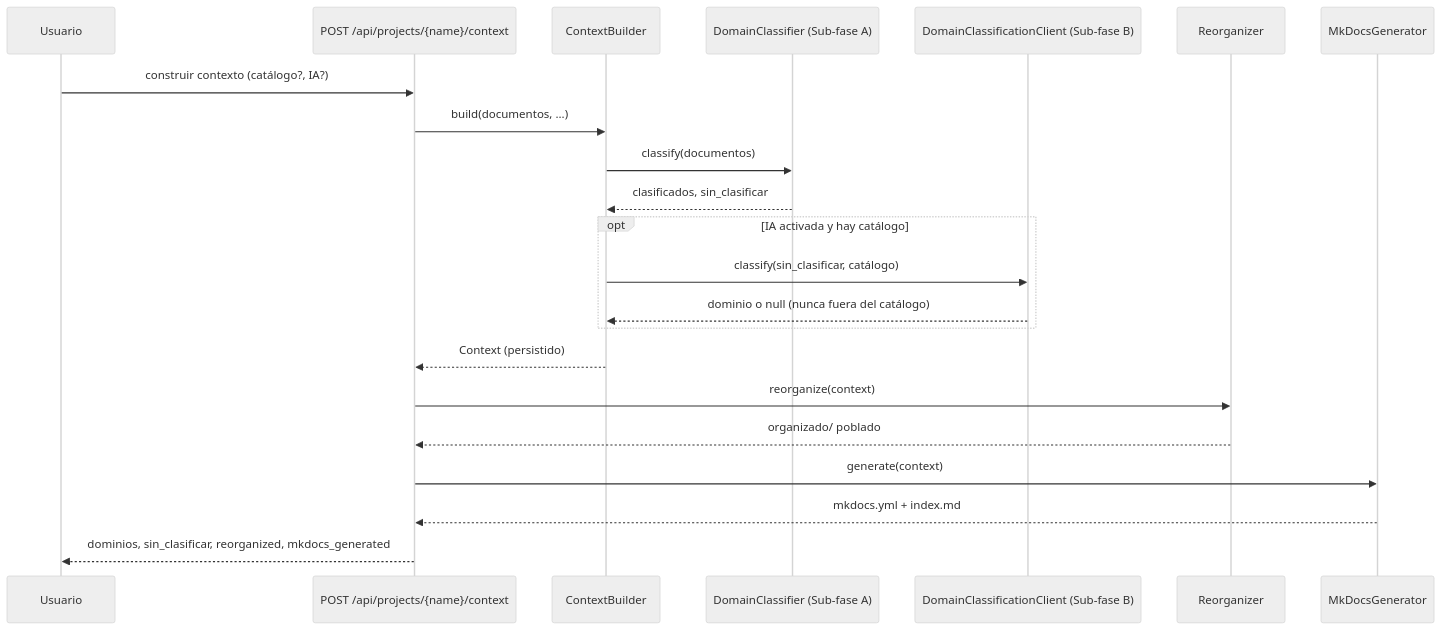
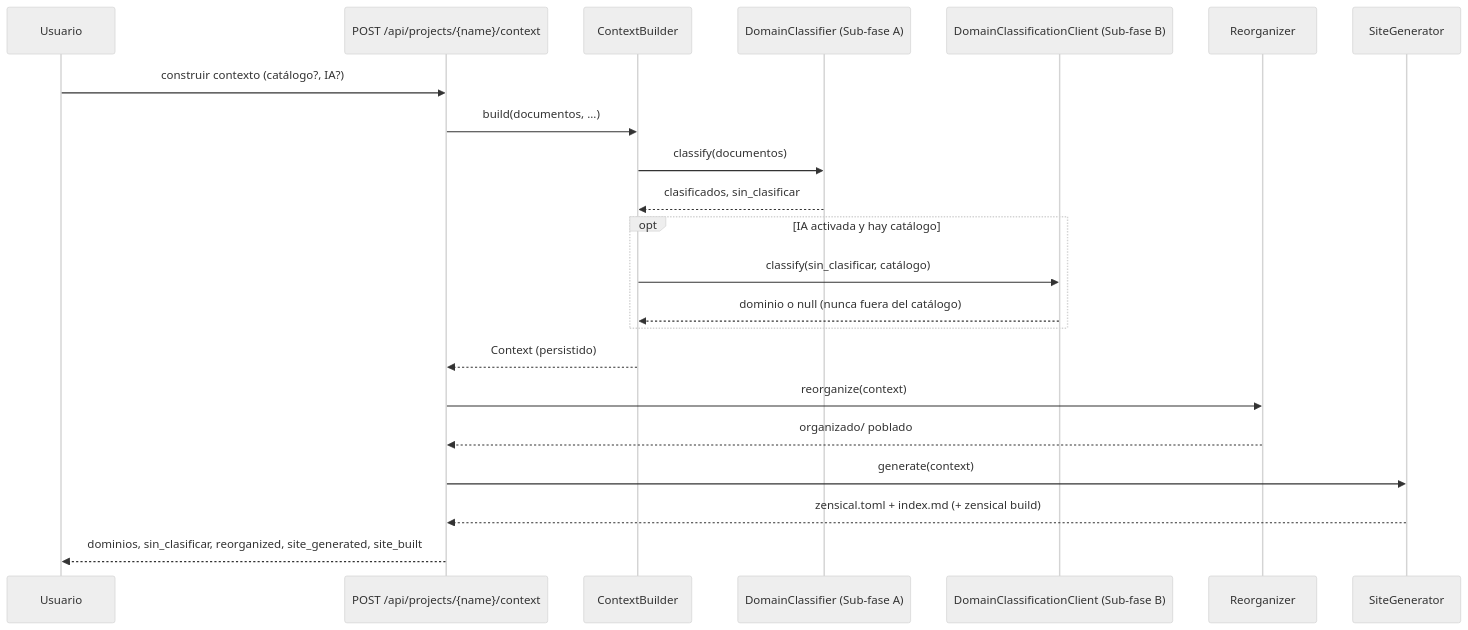
Before and after one commit to fmanza/doc_organize: the diagram in docs/functional/context.md, drawn with Mermaid (neutral theme). The commit also changed other lines of this file and 36 other files, not shown here.

````diff
--- a/docs/functional/context.md
+++ b/docs/functional/context.md
@@ -29,25 +31,25 @@
 ```mermaid
 sequenceDiagram
     participant Usuario
     participant API as POST /api/projects/{name}/context
     participant Builder as ContextBuilder
     participant RulesA as DomainClassifier (Sub-fase A)
     participant IA as DomainClassificationClient (Sub-fase B)
     participant Reorg as Reorganizer
-    participant MkDocs as MkDocsGenerator
+    participant Site as SiteGenerator
 
     Usuario->>API: construir contexto (catálogo?, IA?)
     API->>Builder: build(documentos, ...)
     Builder->>RulesA: classify(documentos)
     RulesA-->>Builder: clasificados, sin_clasificar
     opt IA activada y hay catálogo
         Builder->>IA: classify(sin_clasificar, catálogo)
         IA-->>Builder: dominio o null (nunca fuera del catálogo)
     end
     Builder-->>API: Context (persistido)
     API->>Reorg: reorganize(context)
     Reorg-->>API: organizado/ poblado
-    API->>MkDocs: generate(context)
-    MkDocs-->>API: mkdocs.yml + index.md
-    API-->>Usuario: dominios, sin_clasificar, reorganized, mkdocs_generated
+    API->>Site: generate(context)
+    Site-->>API: zensical.toml + index.md (+ zensical build)
+    API-->>Usuario: dominios, sin_clasificar, reorganized, site_generated, site_built
 ```
````
